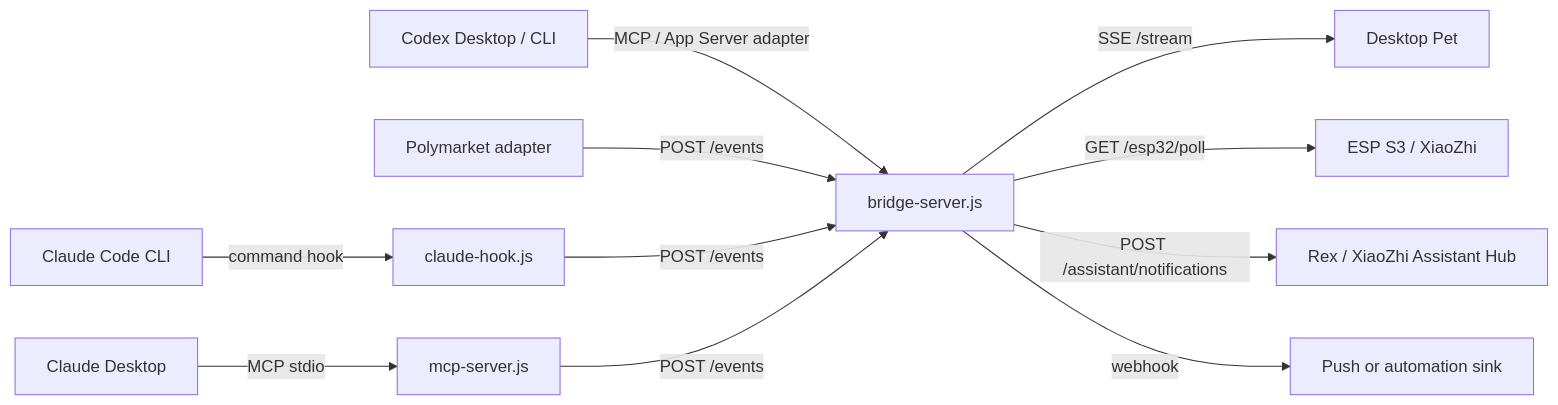
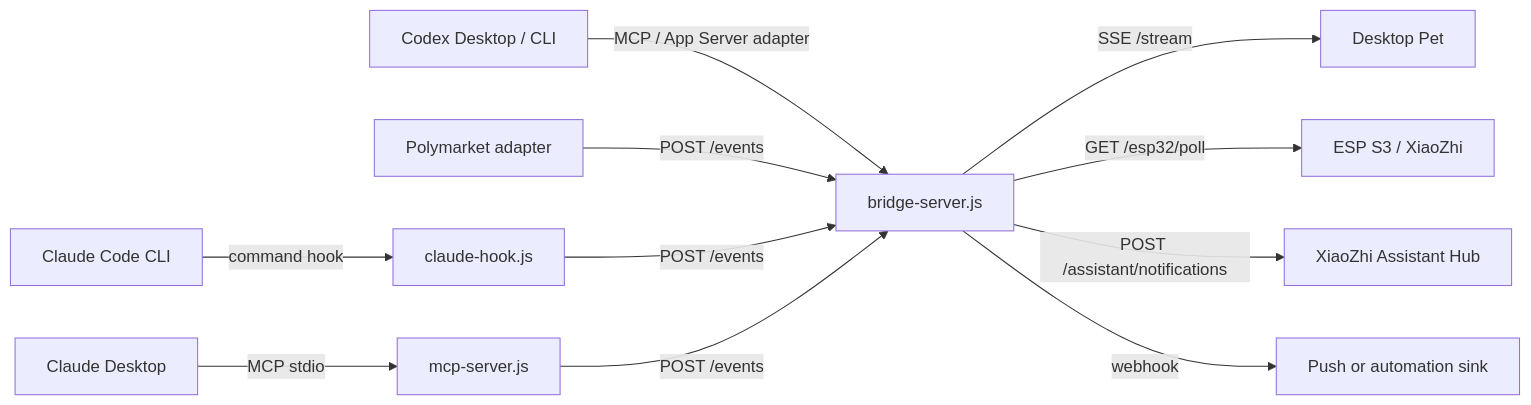
The diagram in docs/ARCHITECTURE.md (vcxzvfe/codex-pet-bridge), drawn with Mermaid before and after one commit. The commit also changed other lines of this file and 2 other files, not shown here.

Commit message:
Use XiaoZhi naming consistently

````diff
--- a/docs/ARCHITECTURE.md
+++ b/docs/ARCHITECTURE.md
@@ -9,13 +9,13 @@
 ```mermaid
 flowchart LR
   ClaudeCode["Claude Code CLI"] -->|"command hook"| Hook["claude-hook.js"]
   ClaudeDesktop["Claude Desktop"] -->|"MCP stdio"| MCP["mcp-server.js"]
   Codex["Codex Desktop / CLI"] -->|"MCP / App Server adapter"| Bridge["bridge-server.js"]
   Polymarket["Polymarket adapter"] -->|"POST /events"| Bridge
   Hook -->|"POST /events"| Bridge
   MCP -->|"POST /events"| Bridge
   Bridge -->|"SSE /stream"| Pet["Desktop Pet"]
   Bridge -->|"GET /esp32/poll"| ESP["ESP S3 / XiaoZhi"]
-  Bridge -->|"POST /assistant/notifications"| Rex["Rex / XiaoZhi Assistant Hub"]
+  Bridge -->|"POST /assistant/notifications"| XiaoZhi["XiaoZhi Assistant Hub"]
   Bridge -->|"webhook"| Push["Push or automation sink"]
 ```
````
